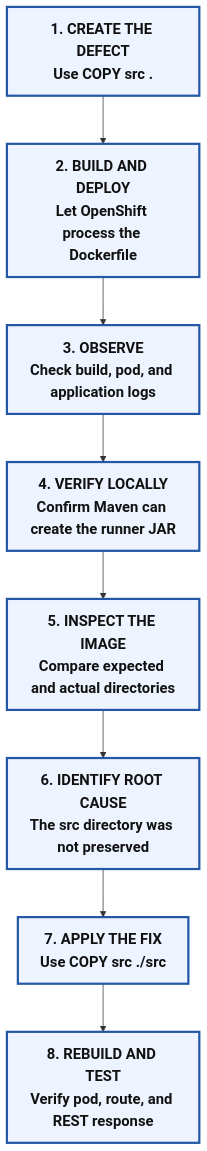
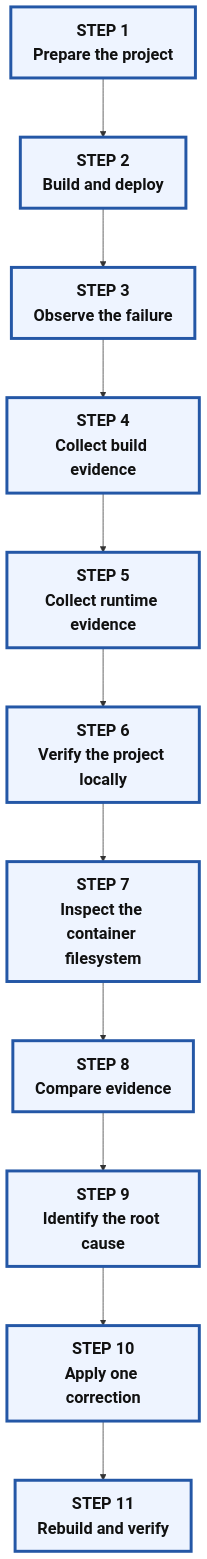
The first of 3 diagrams in DO288/V.4.18/01-02-02-docker.md (anishrana2001/Openshift), drawn with Mermaid before and after one commit. The commit also changed other lines of this file, not shown here.

````diff
--- a/DO288/V.4.18/01-02-02-docker.md
+++ b/DO288/V.4.18/01-02-02-docker.md
@@ -68,14 +39,17 @@
 ```mermaid
-%%{init: {"themeVariables": {"fontSize": "22px"}, "flowchart": {"htmlLabels": true, "nodeSpacing": 55, "rankSpacing": 65, "curve": "basis"}}}%%
+%%{init: {"themeVariables": {"fontSize": "24px"}, "flowchart": {"htmlLabels": true, "nodeSpacing": 70, "rankSpacing": 80, "curve": "basis"}}}%%
 flowchart TD
-    A["<b>1. CREATE THE DEFECT</b><br/>Use COPY src ."] --> B["<b>2. BUILD AND DEPLOY</b><br/>Let OpenShift process the Dockerfile"]
-    B --> C["<b>3. OBSERVE</b><br/>Check build, pod, and application logs"]
-    C --> D["<b>4. VERIFY LOCALLY</b><br/>Confirm Maven can create the runner JAR"]
-    D --> E["<b>5. INSPECT THE IMAGE</b><br/>Compare expected and actual directories"]
-    E --> F["<b>6. IDENTIFY ROOT CAUSE</b><br/>The src directory was not preserved"]
-    F --> G["<b>7. APPLY THE FIX</b><br/>Use COPY src ./src"]
-    G --> H["<b>8. REBUILD AND TEST</b><br/>Verify pod, route, and REST response"]
+    A["<b>STEP 1</b><br/>Prepare the project"] --> B["<b>STEP 2</b><br/>Build and deploy"]
+    B --> C["<b>STEP 3</b><br/>Observe the failure"]
+    C --> D["<b>STEP 4</b><br/>Collect build evidence"]
+    D --> E["<b>STEP 5</b><br/>Collect runtime evidence"]
+    E --> F["<b>STEP 6</b><br/>Verify the project locally"]
+    F --> G["<b>STEP 7</b><br/>Inspect the container filesystem"]
+    G --> H["<b>STEP 8</b><br/>Compare evidence"]
+    H --> I["<b>STEP 9</b><br/>Identify the root cause"]
+    I --> J["<b>STEP 10</b><br/>Apply one correction"]
+    J --> K["<b>STEP 11</b><br/>Rebuild and verify"]
 
-    classDef major fill:#eef4ff,stroke:#2457a6,stroke-width:3px,font-size:20px,font-weight:bold,color:#111;
-    class A,B,C,D,E,F,G,H major;
+    classDef step fill:#eef4ff,stroke:#2457a6,stroke-width:4px,font-size:22px,font-weight:bold,color:#111;
+    class A,B,C,D,E,F,G,H,I,J,K step;
 ```
````
